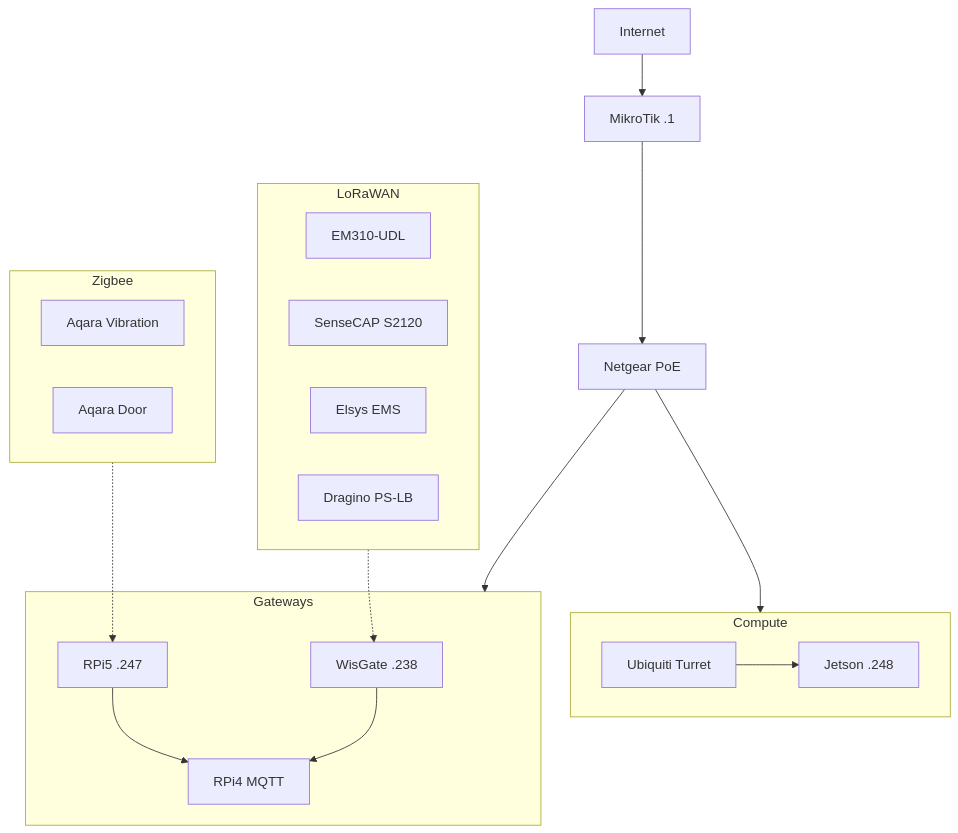
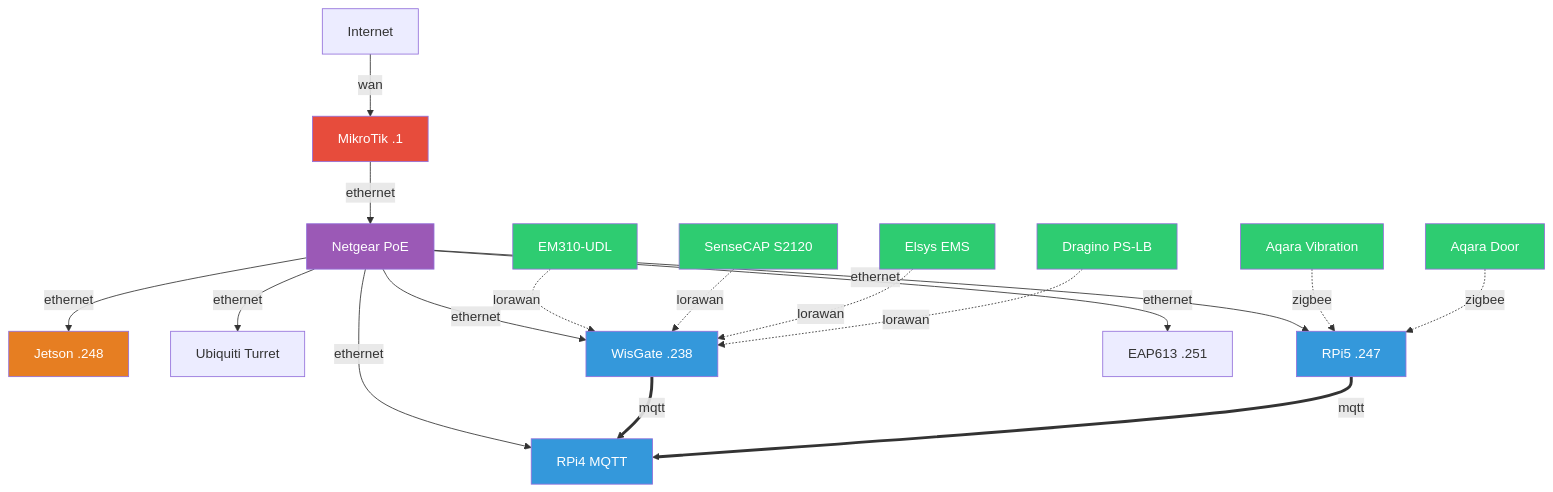
Before and after one commit to Tanguyvans/LANCE: the diagram in README.md, drawn with Mermaid. The commit also changed other lines of this file and 26 other files, not shown here.

````diff
--- a/README.md
+++ b/README.md
@@ -27,38 +27,36 @@
 ```mermaid
 flowchart TD
-    WAN[Internet] --> MK[MikroTik .1]
-    MK --> NETGEAR[Netgear PoE]
+    WAN[Internet] -->|wan| MK[MikroTik .1]
+    MK -->|ethernet| NETGEAR[Netgear PoE]
 
-    subgraph Compute
-        JETSON[Jetson .248]
-        CAM[Ubiquiti Turret]
-    end
+    NETGEAR -->|ethernet| JETSON[Jetson .248]
+    NETGEAR -->|ethernet| CAM[Ubiquiti Turret]
+    NETGEAR -->|ethernet| WG[WisGate .238]
+    NETGEAR -->|ethernet| RPI5[RPi5 .247]
+    NETGEAR -->|ethernet| RPI4[RPi4 MQTT]
+    NETGEAR -->|ethernet| EAP[EAP613 .251]
 
-    subgraph Gateways
-        WG[WisGate .238]
-        RPI5[RPi5 .247]
-        RPI4[RPi4 MQTT]
-    end
+    EM310[EM310-UDL] -.->|lorawan| WG
+    SENSECAP[SenseCAP S2120] -.->|lorawan| WG
+    ELSYS[Elsys EMS] -.->|lorawan| WG
+    DRAGINO[Dragino PS-LB] -.->|lorawan| WG
 
-    subgraph LoRaWAN
-        EM310[EM310-UDL]
-        SENSECAP[SenseCAP S2120]
-        ELSYS[Elsys EMS]
-        DRAGINO[Dragino PS-LB]
-    end
+    AQVIB[Aqara Vibration] -.->|zigbee| RPI5
+    AQDOOR[Aqara Door] -.->|zigbee| RPI5
 
-    subgraph Zigbee
-        AQVIB[Aqara Vibration]
-        AQDOOR[Aqara Door]
-    end
+    WG ==>|mqtt| RPI4
+    RPI5 ==>|mqtt| RPI4
 
-    NETGEAR --> Compute
-    NETGEAR --> Gateways
-
-    LoRaWAN -.-> WG
-    Zigbee -.-> RPI5
-
-    WG --> RPI4
-    RPI5 --> RPI4
-    CAM --> JETSON
+    style MK fill:#e74c3c,color:#fff
+    style NETGEAR fill:#9b59b6,color:#fff
+    style JETSON fill:#e67e22,color:#fff
+    style WG fill:#3498db,color:#fff
+    style RPI5 fill:#3498db,color:#fff
+    style RPI4 fill:#3498db,color:#fff
+    style EM310 fill:#2ecc71,color:#fff
+    style SENSECAP fill:#2ecc71,color:#fff
+    style ELSYS fill:#2ecc71,color:#fff
+    style DRAGINO fill:#2ecc71,color:#fff
+    style AQVIB fill:#2ecc71,color:#fff
+    style AQDOOR fill:#2ecc71,color:#fff
 ```
````
